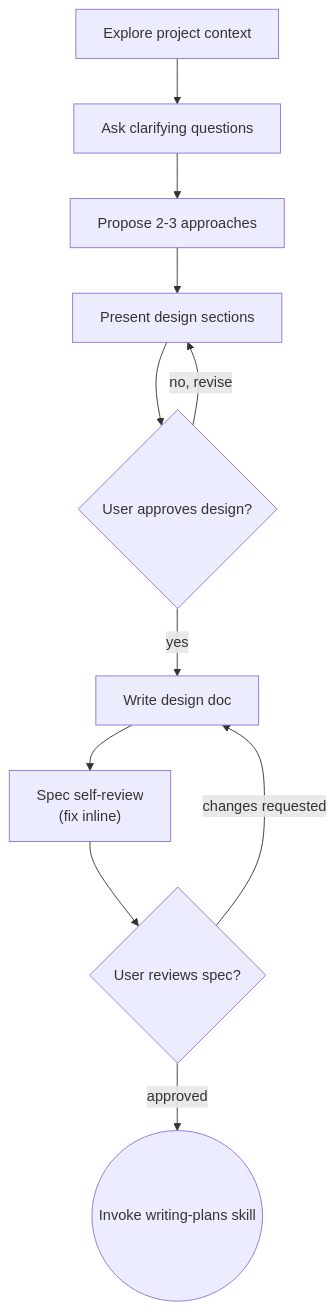
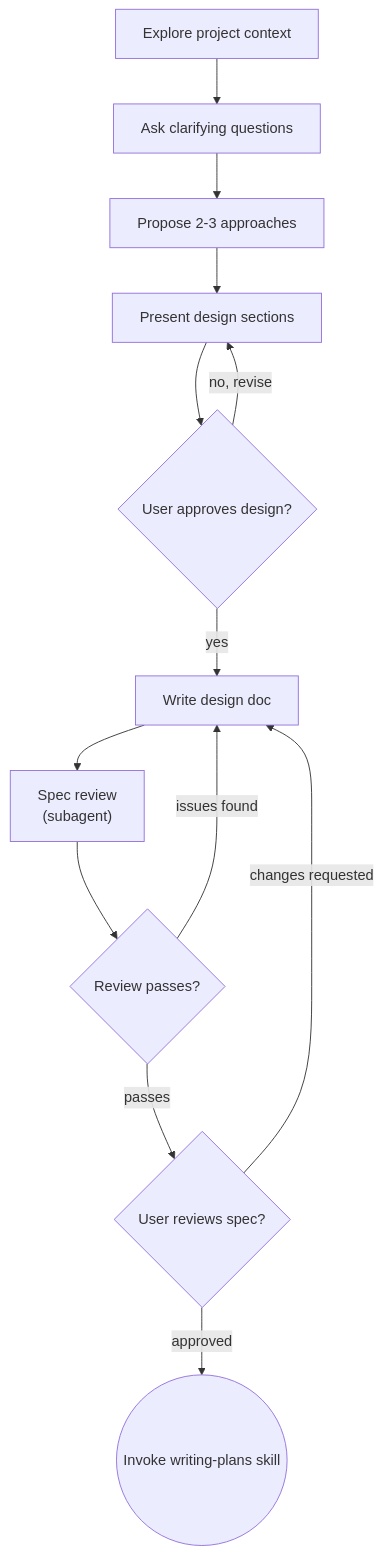
Before and after one commit to BaiduComate/mission-flow: the diagram in skills/brainstorming/SKILL.md, drawn with Mermaid. The commit also changed other lines of this file and 1 other file, not shown here.

````diff
--- a/skills/brainstorming/SKILL.md
+++ b/skills/brainstorming/SKILL.md
@@ -35,13 +35,15 @@
 ```mermaid
 flowchart TD
     A[Explore project context] --> B[Ask clarifying questions]
     B --> C[Propose 2-3 approaches]
     C --> D[Present design sections]
     D --> E{User approves design?}
     E -->|"no, revise"| D
     E -->|yes| F[Write design doc]
-    F --> G["Spec self-review<br/>(fix inline)"]
-    G --> H{User reviews spec?}
+    F --> G["Spec review<br/>(subagent)"]
+    G --> G2{Review passes?}
+    G2 -->|"issues found"| F
+    G2 -->|passes| H{User reviews spec?}
     H -->|"changes requested"| F
     H -->|approved| I((Invoke writing-plans skill))
 ```
````
